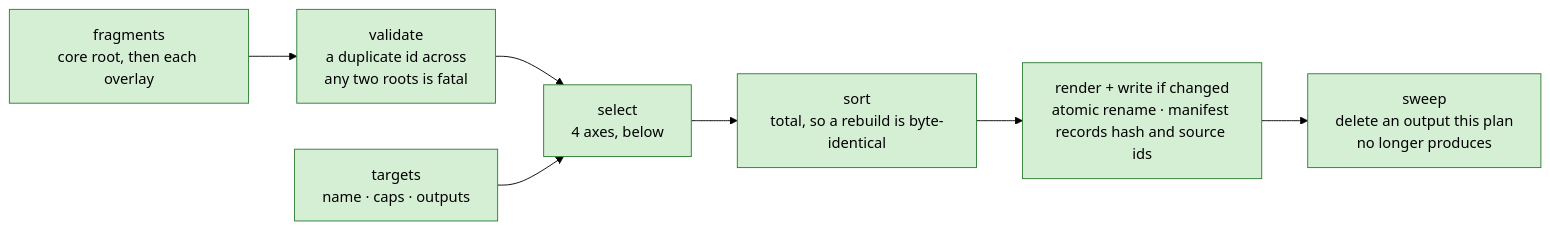
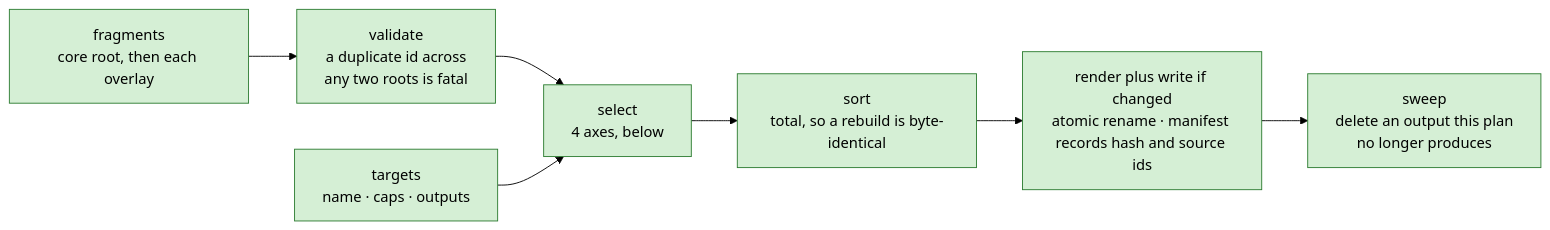
One commit to niksavis/basicly changed the fourth of 16 diagrams in docs/architecture/architecture.md. Above: the diagram before and after it, drawn with Mermaid (forest theme). The commit also changed other lines of this file and 6 other files, not shown here.

First line of the commit message:
docs(architecture)!: replace the reference with the rewritten one

````diff
--- a/docs/architecture/architecture.md
+++ b/docs/architecture/architecture.md
@@ -356,17 +537,17 @@
 ```mermaid
 flowchart LR
   targets["targets<br/>name · caps · outputs"]
   sources["fragments<br/>core root, then each overlay"]
   gate["validate<br/>a duplicate id across<br/>any two roots is fatal"]
   pick["select<br/>4 axes, below"]
   order["sort<br/>total, so a rebuild is byte-identical"]
-  emit["render + write if changed<br/>atomic rename · manifest records hash and source ids"]
+  emit["render plus write if changed<br/>atomic rename · manifest records hash and source ids"]
   sweep["sweep<br/>delete an output this plan<br/>no longer produces"]
 
   sources --> gate --> pick
   targets --> pick
   pick --> order --> emit --> sweep
 
-  classDef built fill:#d5efd5,stroke:#2e7d32,color:#000
-  class targets,sources,gate,pick,order,emit,sweep built
+  classDef shipped fill:#d5efd5,stroke:#2e7d32,color:#000
+  class targets,sources,gate,pick,order,emit,sweep shipped
 ```
````
